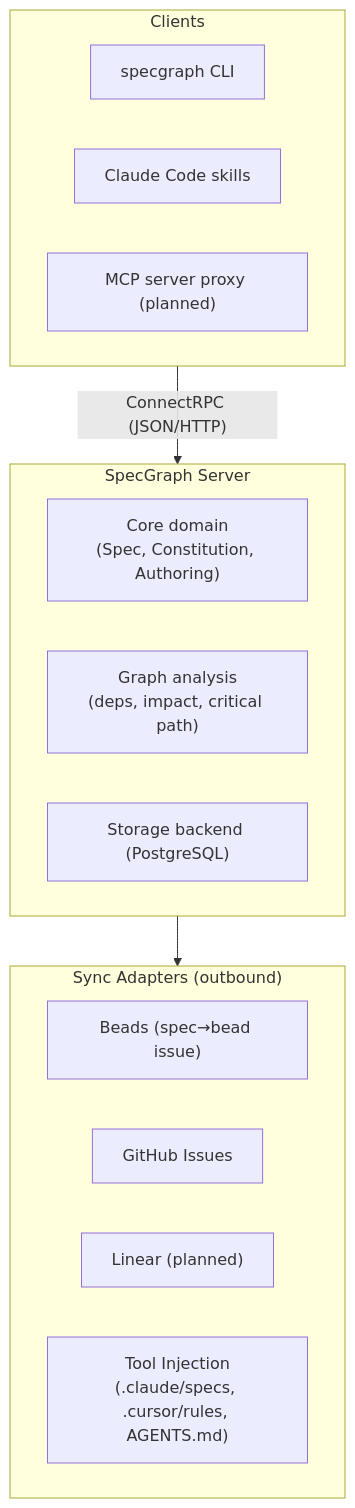
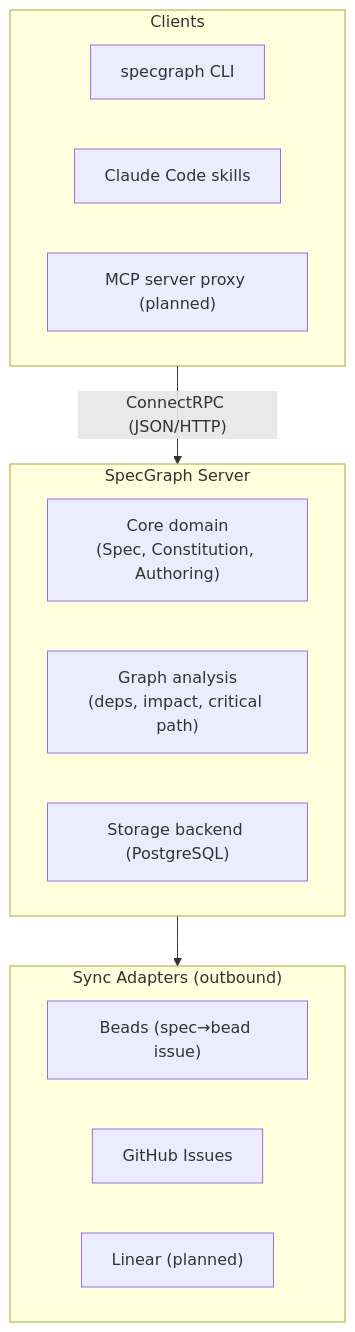
One commit to specgraph/specgraph changed the first of 4 diagrams in site/docs/architecture.md. Above: the diagram before and after it, drawn with Mermaid. The commit also changed other lines of this file and 45 other files, not shown here.

````diff
--- a/site/docs/architecture.md
+++ b/site/docs/architecture.md
@@ -12,24 +12,23 @@
 ```mermaid
 graph TD
     subgraph Clients
         CLI["specgraph CLI"]
         CC["Claude Code skills"]
         MCP["MCP server proxy (planned)"]
     end
 
     subgraph Server["SpecGraph Server"]
         Core["Core domain<br/>(Spec, Constitution, Authoring)"]
         Graph["Graph analysis<br/>(deps, impact, critical path)"]
         Store["Storage backend (PostgreSQL)"]
     end
 
     subgraph Sync["Sync Adapters (outbound)"]
         Beads["Beads (spec→bead issue)"]
         GH["GitHub Issues"]
         Linear["Linear (planned)"]
-        Inject["Tool Injection<br/>(.claude/specs, .cursor/rules, AGENTS.md)"]
     end
 
     Clients -->|"ConnectRPC (JSON/HTTP)"| Server
     Server --> Sync
 ```
````
